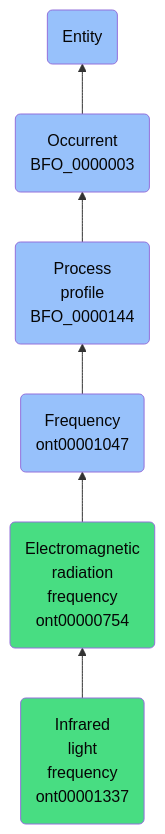
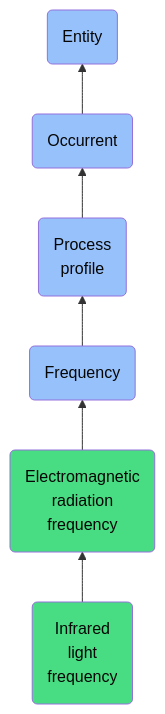
Before and after one commit to jupyter-naas/abi: the diagram in docs/ontology/reference/model/Entity/Occurrent/Process profile/Frequency/Electromagnetic radiation frequency/Infrared light frequency/Infrared light frequency.md, drawn with Mermaid. The commit also changed other lines of this file and 1430 other files, not shown here.

````diff
--- a/docs/ontology/reference/model/Entity/Occurrent/Process profile/Frequency/Electromagnetic radiation frequency/Infrared light frequency/Infrared light frequency.md
+++ b/docs/ontology/reference/model/Entity/Occurrent/Process profile/Frequency/Electromagnetic radiation frequency/Infrared light frequency/Infrared light frequency.md
@@ -24,13 +24,13 @@
 ```mermaid
 graph BT
-    ont00001337(Infrared<br>light<br>frequency<br>ont00001337):::ABI-->ont00000754
-    ont00000754(Electromagnetic<br>radiation<br>frequency<br>ont00000754):::ABI-->ont00001047
-    ont00001047(Frequency<br>ont00001047):::BFO-->BFO_0000144
-    BFO_0000144(Process<br>profile<br>BFO_0000144):::BFO-->BFO_0000003
-    BFO_0000003(Occurrent<br>BFO_0000003):::BFO-->BFO_0000001
+    ont00001337(Infrared<br>light<br>frequency):::ABI-->ont00000754
+    ont00000754(Electromagnetic<br>radiation<br>frequency):::ABI-->ont00001047
+    ont00001047(Frequency):::BFO-->BFO_0000144
+    BFO_0000144(Process<br>profile):::BFO-->BFO_0000003
+    BFO_0000003(Occurrent):::BFO-->BFO_0000001
     BFO_0000001(Entity):::BFO
     
     classDef BFO fill:#97c1fb,color:#060606
     classDef CCO fill:#e4c51e,color:#060606
     classDef ABI fill:#48DD82,color:#060606
 ```
````
